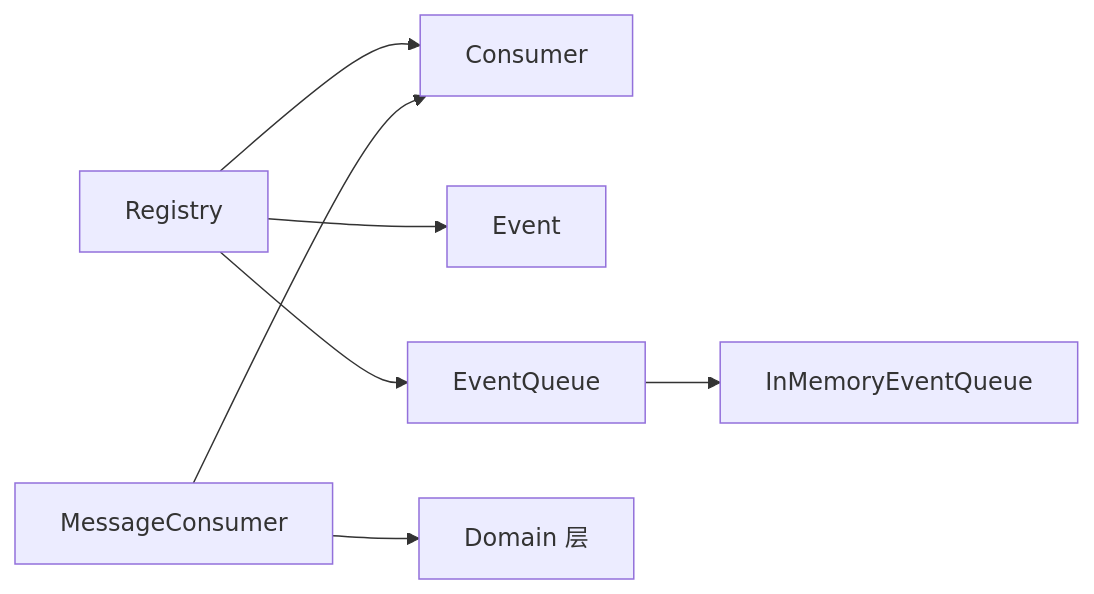
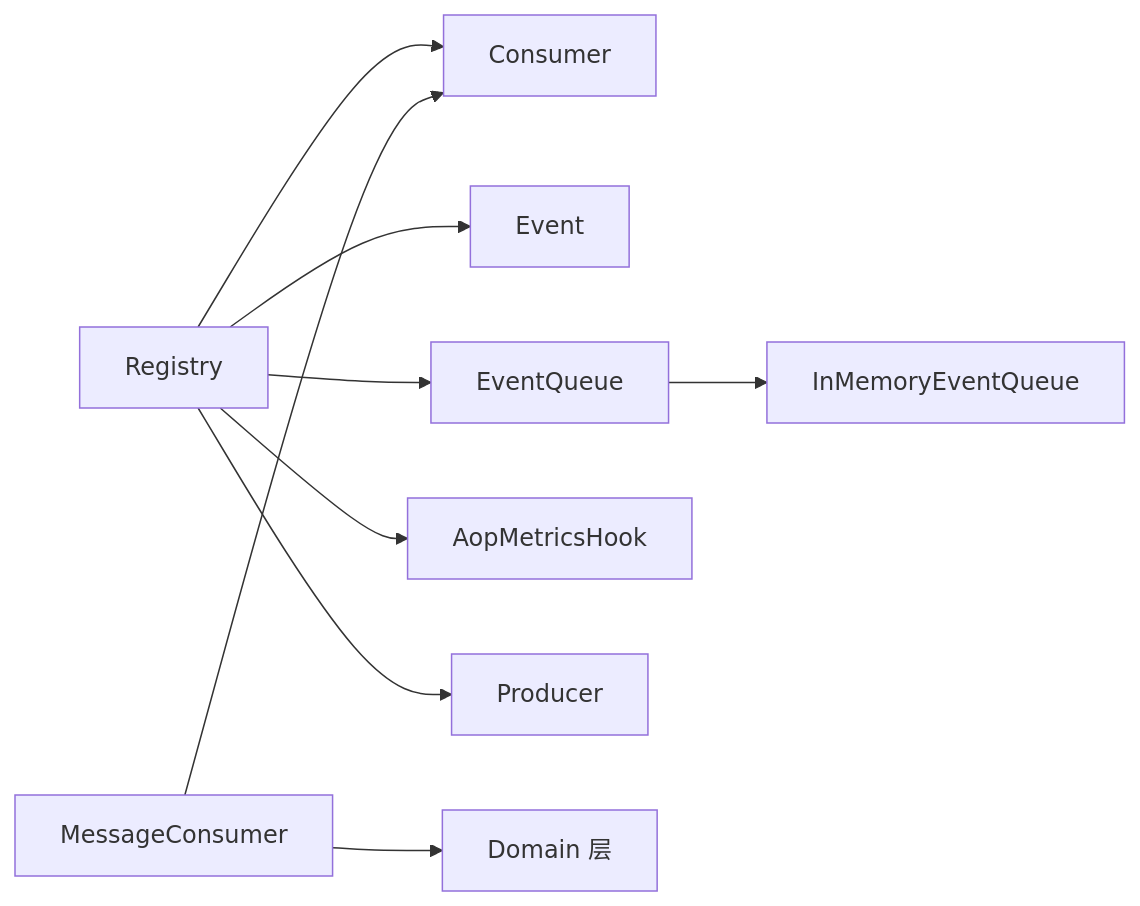
The seventh of 7 diagrams in .qoder/repowiki/zh/content/基础设施/AOP 事件系统/AOP 事件系统.md (runningcoders/ai_orz), drawn with Mermaid before and after one commit. The commit also changed other lines of this file and 4 other files, not shown here.

````diff
--- a/.qoder/repowiki/zh/content/基础设施/AOP 事件系统/AOP 事件系统.md
+++ b/.qoder/repowiki/zh/content/基础设施/AOP 事件系统/AOP 事件系统.md
@@ -279,9 +309,11 @@
 ```mermaid
 graph LR
 REG["Registry"] --> CONSUMER_IF["Consumer"]
 REG --> EVENT_IF["Event"]
 REG --> QUEUE_IF["EventQueue"]
+REG --> METRICS["AopMetricsHook"]
+REG --> PRODUCER_IF["Producer"]
 QUEUE_IF --> IMQ["InMemoryEventQueue"]
 MSGC["MessageConsumer"] --> CONSUMER_IF
 MSGC --> DOMAIN["Domain 层"]
 ```
````
